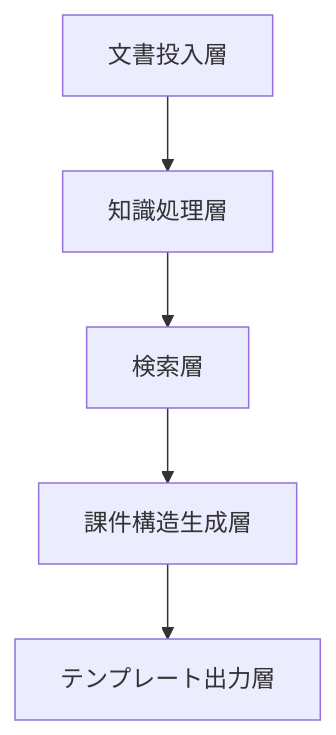
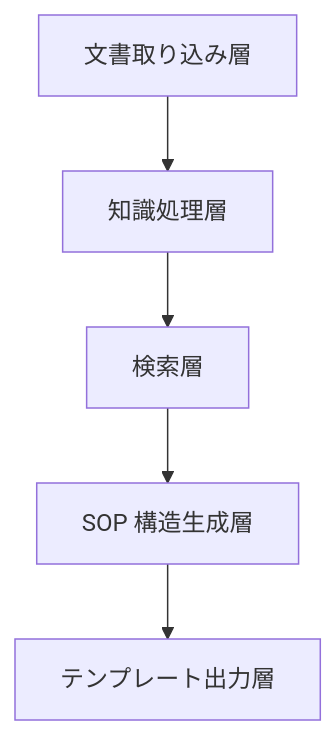
One commit to oudbiao/AI-fullstack-course changed the second of 2 diagrams in i18n/ja/docusaurus-plugin-content-docs/current/ch08-rag/ch05-projects/04-courseware-assistant.md. Above: the diagram before and after it, drawn with Mermaid. The commit also changed other lines of this file and 14 other files, not shown here.

````diff
--- a/i18n/ja/docusaurus-plugin-content-docs/current/ch08-rag/ch05-projects/04-courseware-assistant.md
+++ b/i18n/ja/docusaurus-plugin-content-docs/current/ch08-rag/ch05-projects/04-courseware-assistant.md
@@ -198,7 +209,7 @@
 ```mermaid
 flowchart TD
-    A["文書投入層"] --> B["知識処理層"]
+    A["文書取り込み層"] --> B["知識処理層"]
     B --> C["検索層"]
-    C --> D["課件構造生成層"]
+    C --> D["SOP 構造生成層"]
     D --> E["テンプレート出力層"]
 ```
````
